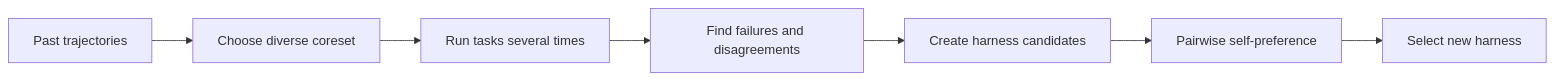
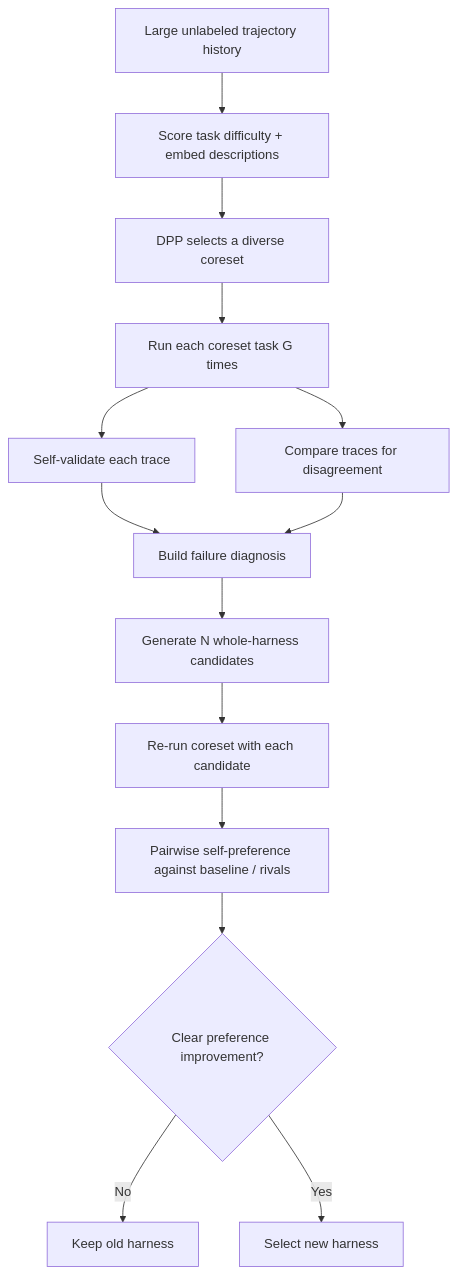
One commit to ShadowKingYT444/harness-papers-daily changed the diagram in _analyses/2606.05922.md. Above: the diagram before and after it, drawn with Mermaid. The commit also changed other lines of this file and 37 other files, not shown here.

````diff
--- a/_analyses/2606.05922.md
+++ b/_analyses/2606.05922.md
@@ -21,9 +40,16 @@
-```mermaid
-flowchart LR
-    A[Past trajectories] --> B[Choose diverse coreset]
-    B --> C[Run tasks several times]
-    C --> D[Find failures and disagreements]
-    D --> E[Create harness candidates]
-    E --> F[Pairwise self-preference]
-    F --> G[Select new harness]
-```
+~~~mermaid
+flowchart TD
+    A["Large unlabeled trajectory history"] --> B["Score task difficulty + embed descriptions"]
+    B --> C["DPP selects a diverse coreset"]
+    C --> D["Run each coreset task G times"]
+    D --> E["Self-validate each trace"]
+    D --> F["Compare traces for disagreement"]
+    E --> G["Build failure diagnosis"]
+    F --> G
+    G --> H["Generate N whole-harness candidates"]
+    H --> I["Re-run coreset with each candidate"]
+    I --> J["Pairwise self-preference against baseline / rivals"]
+    J --> K{"Clear preference improvement?"}
+    K -- "No" --> L["Keep old harness"]
+    K -- "Yes" --> M["Select new harness"]
+~~~
````
